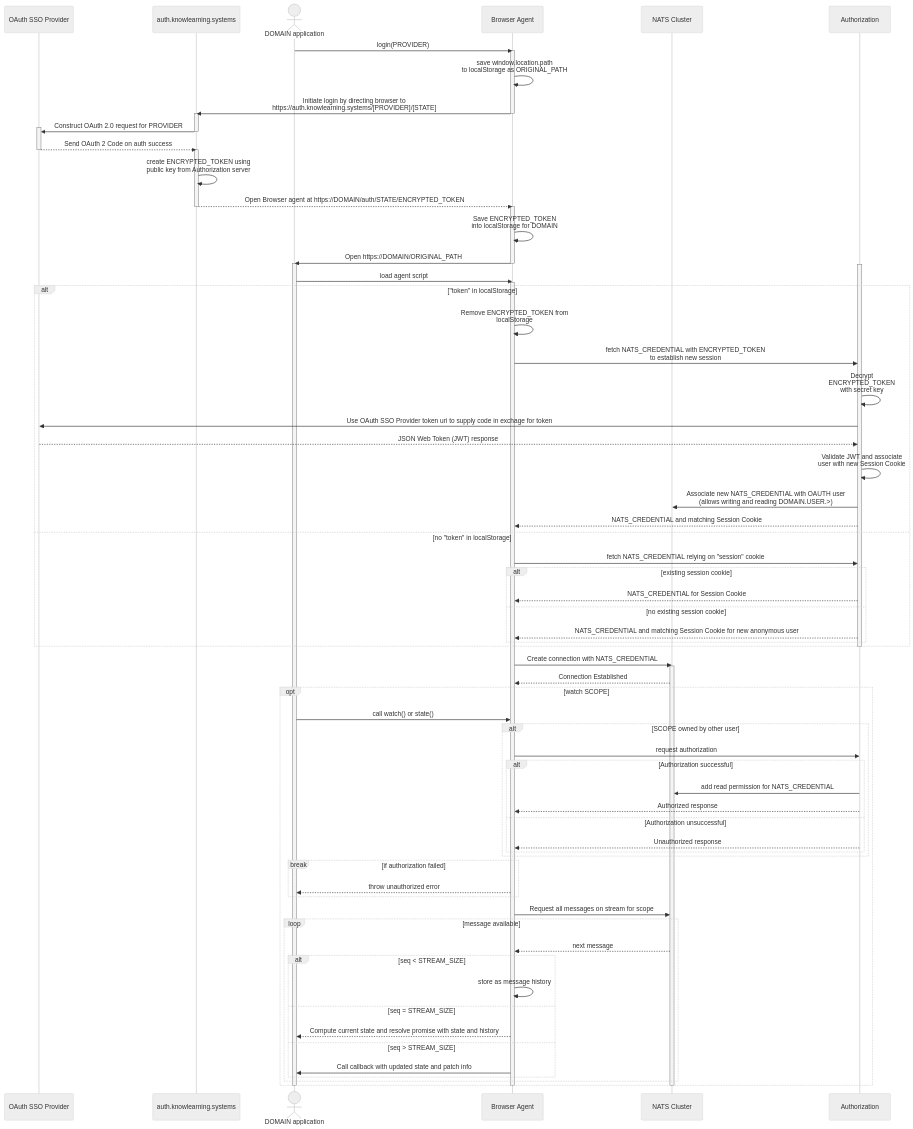
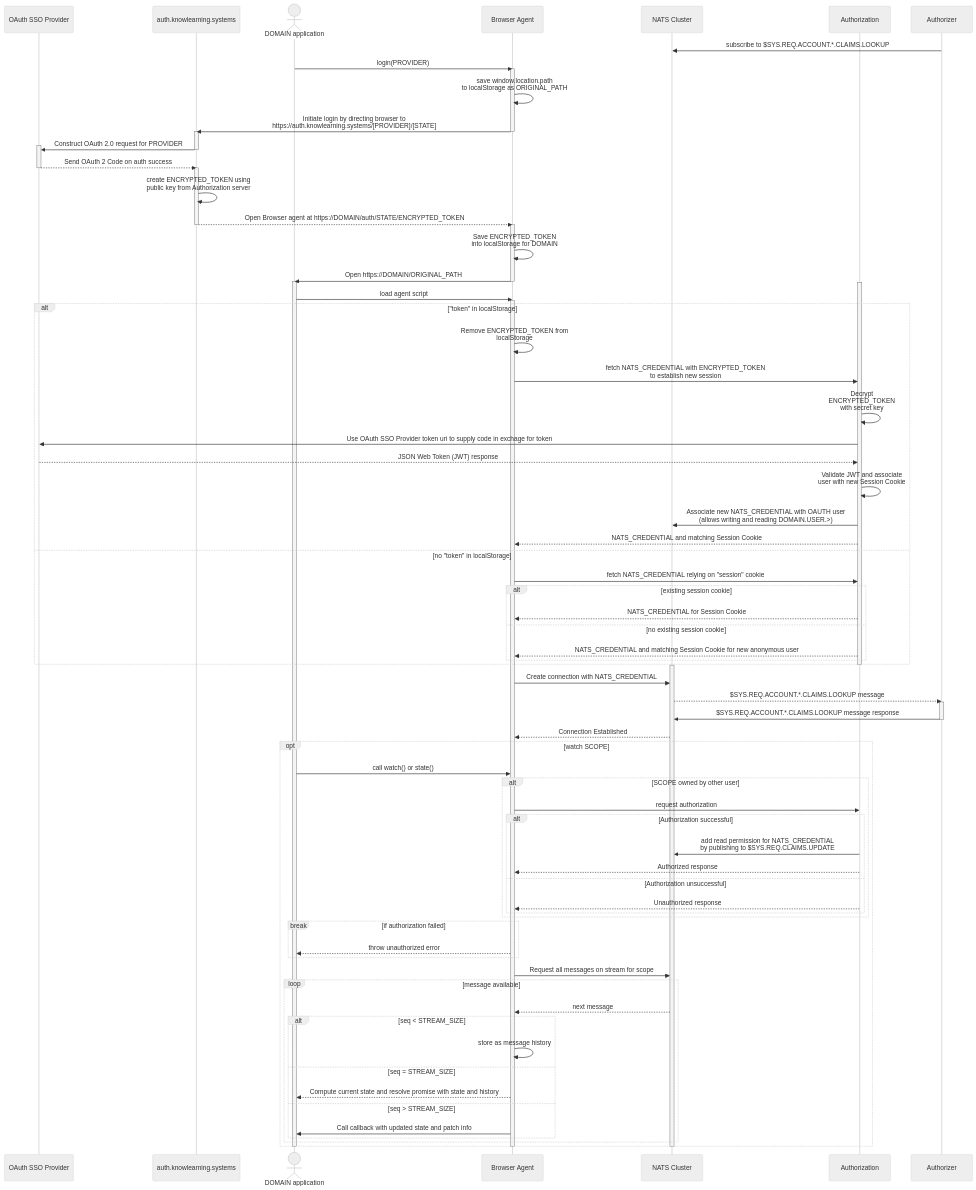
One commit to knowlearning/platform changed the third of 3 diagrams in README.md. Above: the diagram before and after it, drawn with Mermaid (neutral theme). The commit also changed 1 other file, not shown here.

Commit message:
Start moving to NATS based resolver

````diff
--- a/README.md
+++ b/README.md
@@ -149,6 +149,7 @@
   participant NATS Cluster
   participant Authorization
 
+  Authorizer ->> NATS Cluster: subscribe to $SYS.REQ.ACCOUNT.*.CLAIMS.LOOKUP
   DOMAIN application ->> Browser Agent: login(PROVIDER)
   activate Browser Agent
   Browser Agent ->> Browser Agent: save window.location.path<br>to localStorage as ORIGINAL_PATH
@@ -188,15 +189,19 @@
     end
   end
   deactivate Authorization
+  activate NATS Cluster
   Browser Agent ->> NATS Cluster: Create connection with NATS_CREDENTIAL
-  activate NATS Cluster
+  NATS Cluster -->> Authorizer: $SYS.REQ.ACCOUNT.*.CLAIMS.LOOKUP message
+  activate Authorizer
+  Authorizer ->> NATS Cluster: $SYS.REQ.ACCOUNT.*.CLAIMS.LOOKUP message response
+  deactivate Authorizer
   NATS Cluster -->> Browser Agent: Connection Established
   opt watch SCOPE
     DOMAIN application ->> Browser Agent: call watch() or state()
     alt SCOPE owned by other user
       Browser Agent ->> Authorization: request authorization
       alt Authorization successful
-        Authorization ->> NATS Cluster: add read permission for NATS_CREDENTIAL
+        Authorization ->> NATS Cluster: add read permission for NATS_CREDENTIAL<br>by publishing to $SYS.REQ.CLAIMS.UPDATE
         Authorization -->> Browser Agent: Authorized response
       else Authorization unsuccessful
         Authorization -->> Browser Agent: Unauthorized response
@@ -220,4 +225,4 @@
   deactivate Browser Agent
   deactivate DOMAIN application
   deactivate NATS Cluster
-  ```
+```
````
